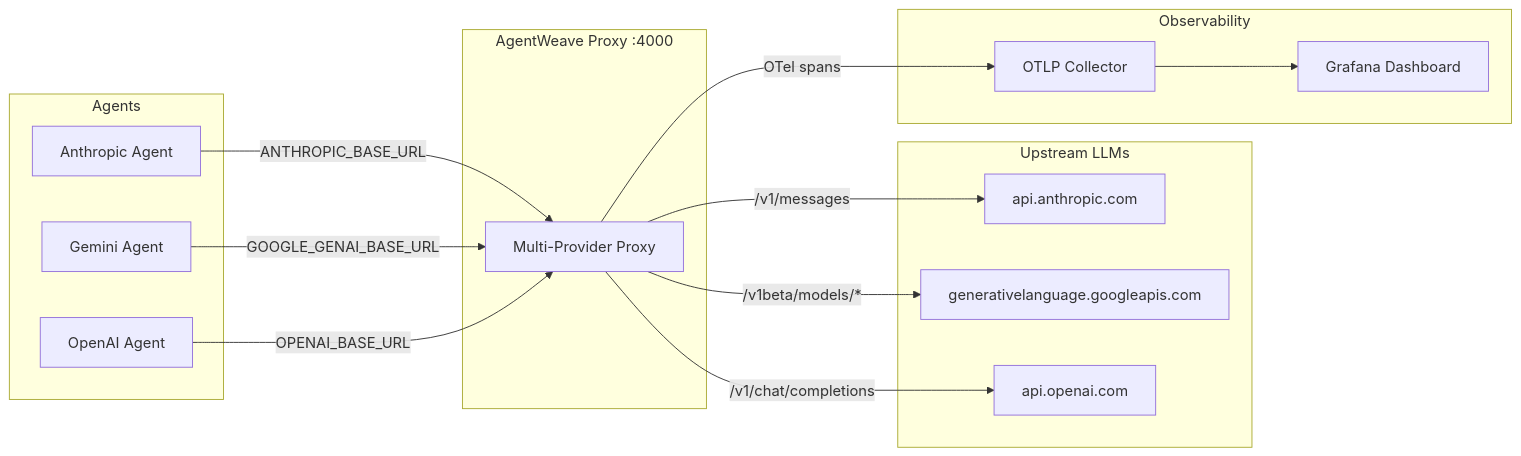
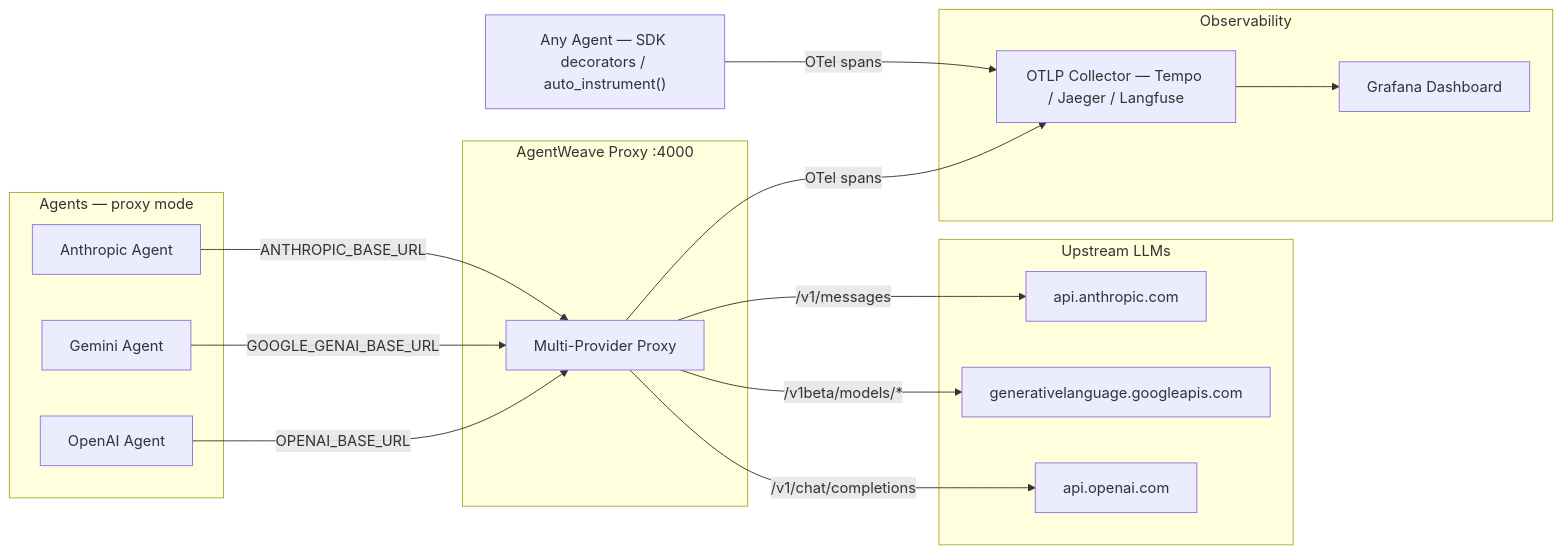
The diagram in README.md (arniesaha/agentweave), drawn with Mermaid before and after one commit.

Commit message:
docs: restore SDK decorator path in diagram — outside subgraph to avoid layout issues

````diff
--- a/README.md
+++ b/README.md
@@ -21,33 +21,36 @@
 ```mermaid
 graph LR
-    subgraph Agents["Agents"]
+    subgraph Agents["Agents — proxy mode"]
         A1["Anthropic Agent"]
         A2["Gemini Agent"]
         A3["OpenAI Agent"]
     end
+
+    SDK["Any Agent — SDK decorators / auto_instrument()"]
 
     subgraph Proxy["AgentWeave Proxy :4000"]
         P["Multi-Provider Proxy"]
     end
 
     subgraph LLMs["Upstream LLMs"]
         AN[api.anthropic.com]
         GO[generativelanguage.googleapis.com]
         OA[api.openai.com]
     end
 
     subgraph Observability
-        OT["OTLP Collector"]
+        OT["OTLP Collector — Tempo / Jaeger / Langfuse"]
         GR["Grafana Dashboard"]
     end
 
     A1 -- "ANTHROPIC_BASE_URL" --> P
     A2 -- "GOOGLE_GENAI_BASE_URL" --> P
     A3 -- "OPENAI_BASE_URL" --> P
+    SDK -- "OTel spans" --> OT
 
     P -- "/v1/messages" --> AN
     P -- "/v1beta/models/*" --> GO
     P -- "/v1/chat/completions" --> OA
     P -- "OTel spans" --> OT
     OT --> GR
 ```
````
